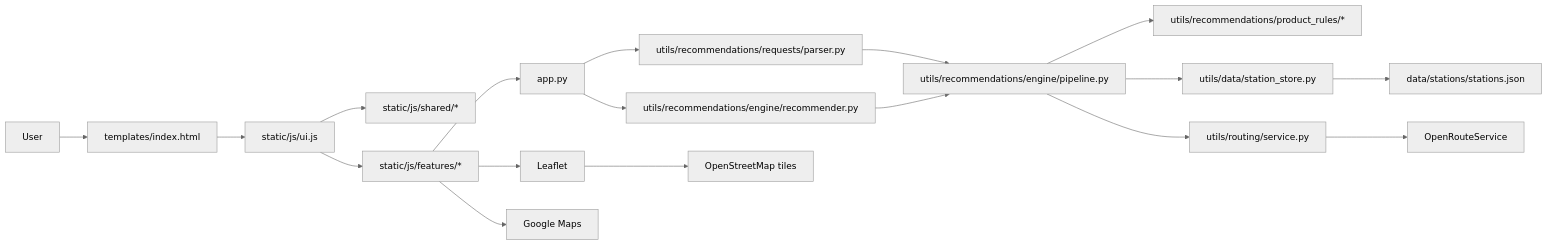
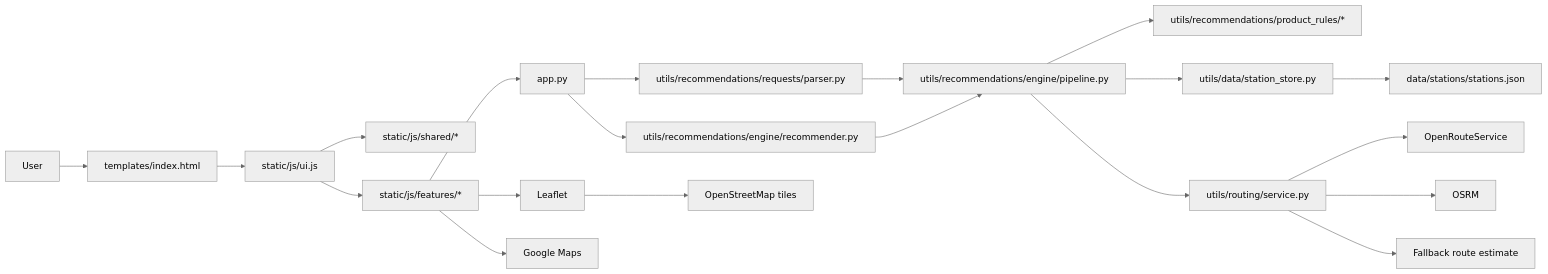
One commit to drei-cabal/Opti-Gas changed the first of 2 diagrams in README.md. Above: the diagram before and after it, drawn with Mermaid (neutral theme). The commit also changed other lines of this file and 16 other files, not shown here.

Commit message:
Add fallback route estimation mode

````diff
--- a/README.md
+++ b/README.md
@@ -39,34 +39,39 @@
 ```mermaid
 flowchart LR
   User[User]
   HTML[templates/index.html]
   UI[static/js/ui.js]
   Shared[static/js/shared/*]
   Features[static/js/features/*]
   Flask[app.py]
   RequestNorm[utils/recommendations/requests/parser.py]
   Pipeline[utils/recommendations/engine/pipeline.py]
   Rules[utils/recommendations/product_rules/*]
   Store[utils/data/station_store.py]
   Routing[utils/routing/service.py]
+  OSRM[OSRM]
+  FallbackRoute[Fallback route estimate]
   Recommender[utils/recommendations/engine/recommender.py]
   StationData[data/stations/stations.json]
   Leaflet[Leaflet]
   GoogleMaps[Google Maps]
   OSM[OpenStreetMap tiles]
   ORS[OpenRouteService]
 
   User --> HTML --> UI
   UI --> Shared
   UI --> Features
   Features --> Flask
 
   Flask --> RequestNorm --> Pipeline
   Pipeline --> Rules
   Pipeline --> Store --> StationData
-  Pipeline --> Routing --> ORS
+  Pipeline --> Routing
+  Routing --> ORS
+  Routing --> OSRM
+  Routing --> FallbackRoute
   Flask --> Recommender --> Pipeline
 
   Features --> Leaflet --> OSM
   Features --> GoogleMaps
 ```
````
